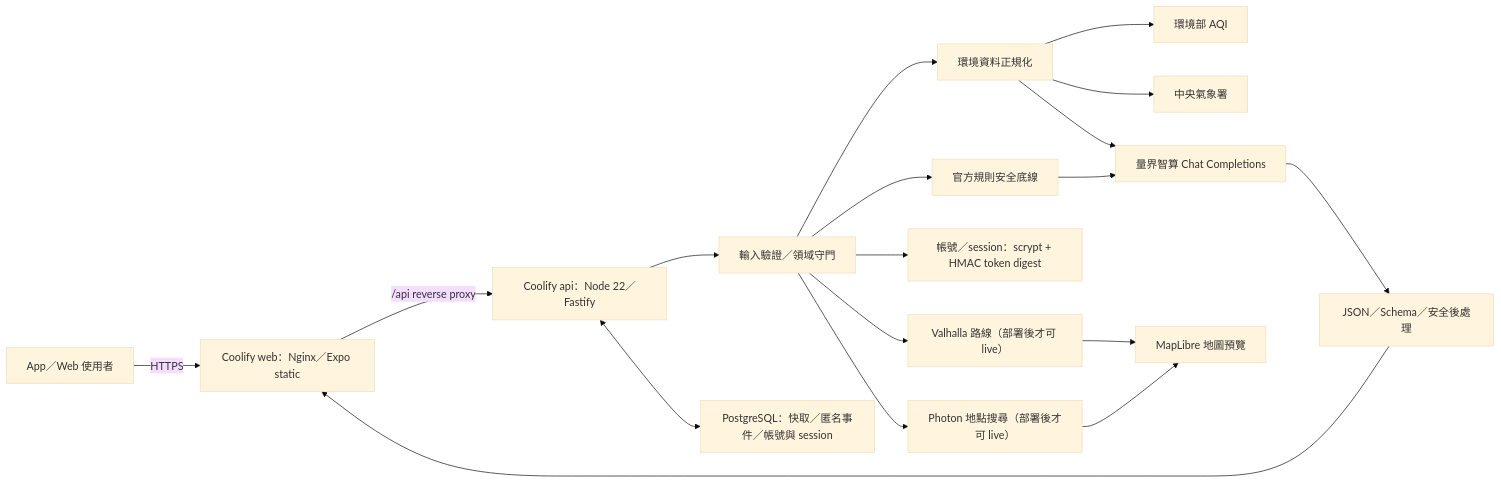
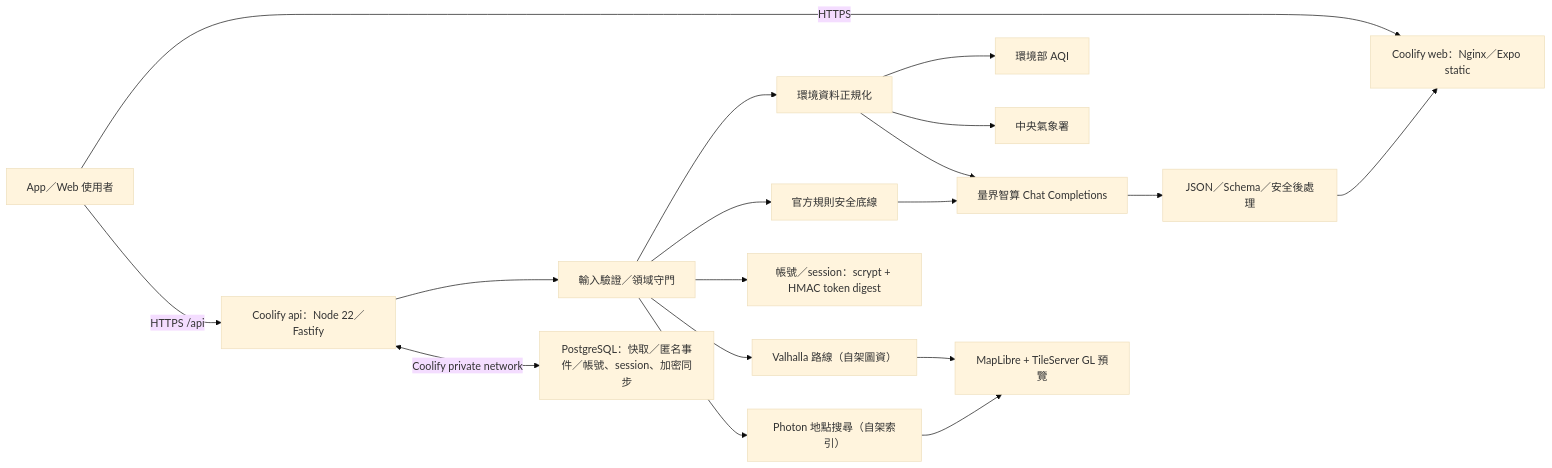
One commit to Sutdents-Project-Hub/AirMe changed the diagram in docs/architecture.md. Above: the diagram before and after it, drawn with Mermaid (base theme). The commit also changed other lines of this file and 89 other files, not shown here.

````diff
--- a/docs/architecture.md
+++ b/docs/architecture.md
@@ -39,20 +39,20 @@
 ```mermaid
 flowchart LR
   User["App／Web 使用者"] -->|HTTPS| Web["Coolify web：Nginx／Expo static"]
-  Web -->|"/api reverse proxy"| Api["Coolify api：Node 22／Fastify"]
+  User -->|"HTTPS /api"| Api["Coolify api：Node 22／Fastify"]
   Api --> Guard["輸入驗證／領域守門"]
   Guard --> Env["環境資料正規化"]
   Env --> Moenv["環境部 AQI"]
   Env --> Cwa["中央氣象署"]
   Guard --> Rules["官方規則安全底線"]
   Env --> Ai["量界智算 Chat Completions"]
   Rules --> Ai
   Guard --> Auth["帳號／session：scrypt + HMAC token digest"]
-  Guard --> Route["Valhalla 路線（部署後才可 live）"]
-  Guard --> Geocode["Photon 地點搜尋（部署後才可 live）"]
-  Route --> Map["MapLibre 地圖預覽"]
+  Guard --> Route["Valhalla 路線（自架圖資）"]
+  Guard --> Geocode["Photon 地點搜尋（自架索引）"]
+  Route --> Map["MapLibre + TileServer GL 預覽"]
   Geocode --> Map
   Ai --> Validate["JSON／Schema／安全後處理"]
-  Api <--> Pg["PostgreSQL：快取／匿名事件／帳號與 session"]
+  Api <-->|"Coolify private network"| Pg["PostgreSQL：快取／匿名事件／帳號、session、加密同步"]
   Validate --> Web
 ```
````
